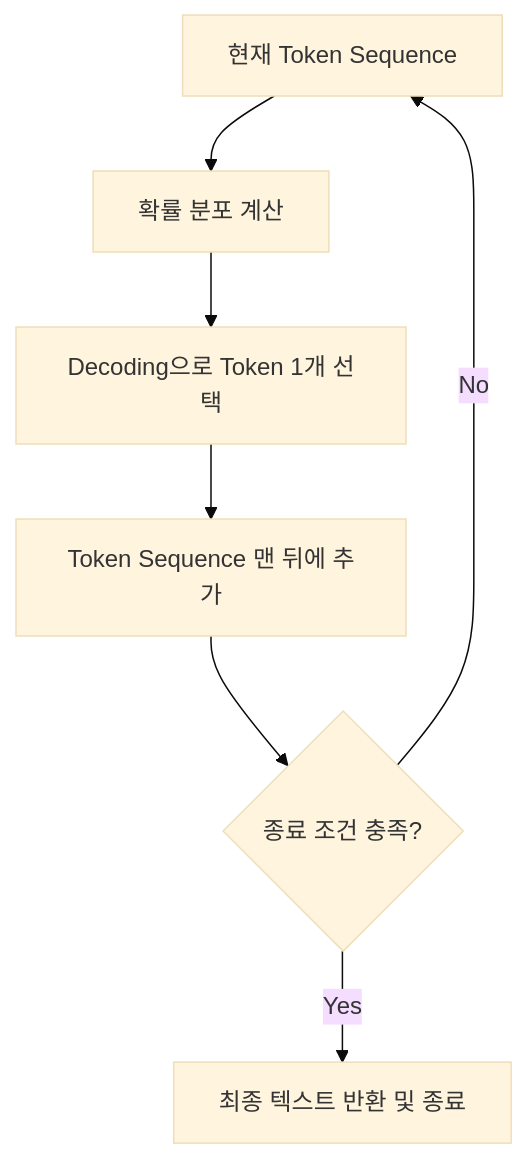
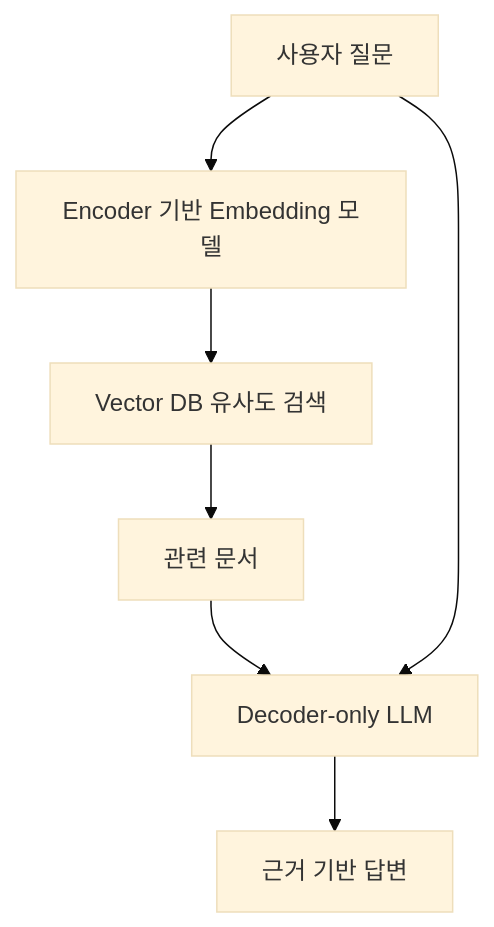
One commit to jwsung91/jwsung91.github.io changed the sixth of 6 diagrams in src/content/blog/2026-07-02-llm-encoder-only와-decoder-only-구조-이해하기.md. Above: the diagram before and after it, drawn with Mermaid (base theme). The commit also changed other lines of this file and 35 other files, not shown here.

````diff
--- a/src/content/blog/2026-07-02-llm-encoder-only와-decoder-only-구조-이해하기.md
+++ b/src/content/blog/2026-07-02-llm-encoder-only와-decoder-only-구조-이해하기.md
@@ -332,10 +274,9 @@
 ```mermaid
 flowchart TD
-    A[현재 Token Sequence] --> B[확률 분포 계산]
-    B --> C[Decoding으로 Token 1개 선택]
-    C --> D[Token Sequence 맨 뒤에 추가]
-    D --> E{종료 조건 충족?}
-    E -->|No| A
-    E -->|Yes| F[최종 텍스트 반환 및 종료]
-
+    A[사용자 질문] --> B[Encoder 기반 Embedding 모델]
+    B --> C[Vector DB 유사도 검색]
+    C --> D[관련 문서]
+    D --> E[Decoder-only LLM]
+    A --> E
+    E --> F[근거 기반 답변]
 ```
````
